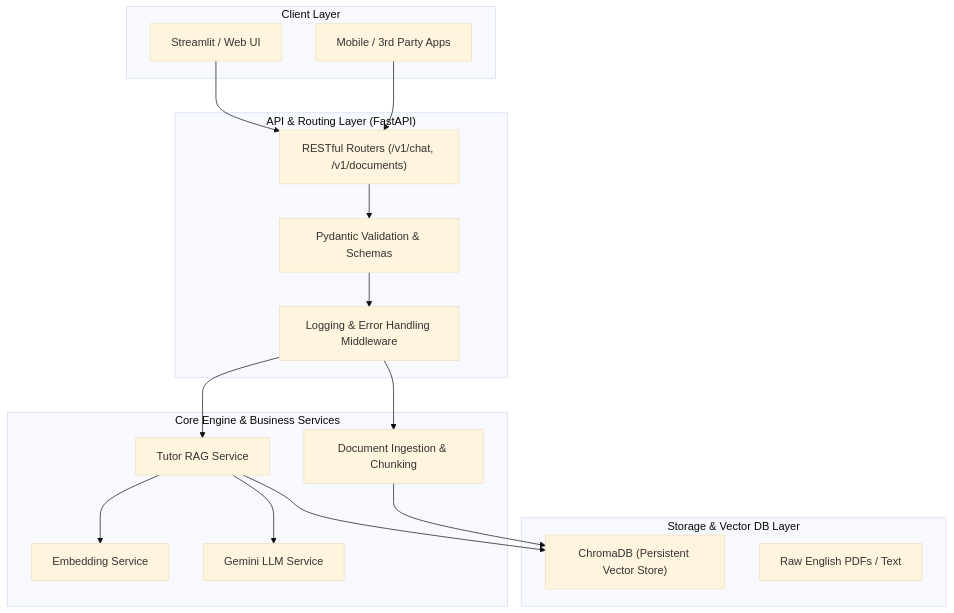
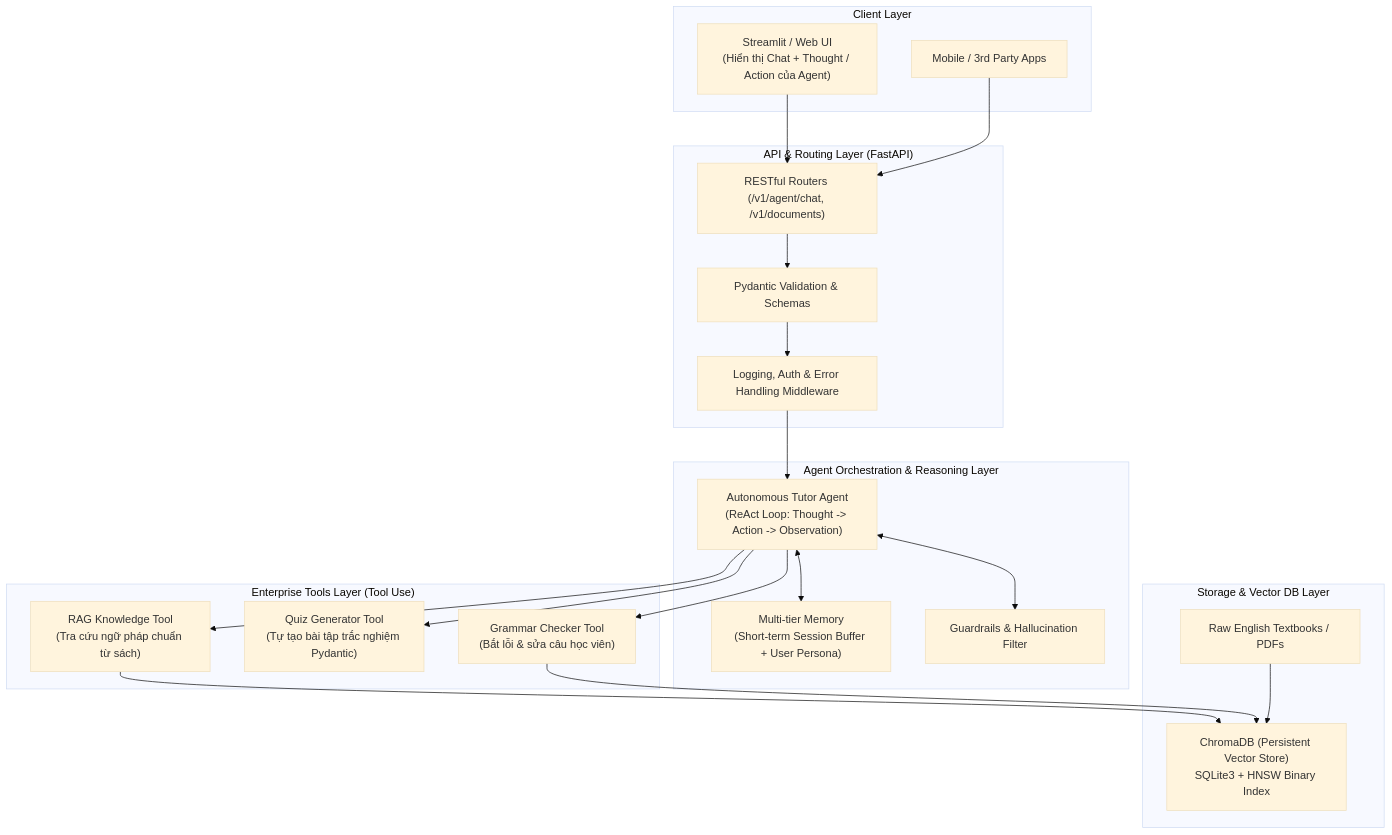
The diagram in ROADMAP.md (NguyenDucVuBao0611/english-tutor-rag), drawn with Mermaid (base theme) before and after one commit. The commit also changed other lines of this file and 7 other files, not shown here.

````diff
--- a/ROADMAP.md
+++ b/ROADMAP.md
@@ -9,33 +9,40 @@
 ```mermaid
 flowchart TD
     subgraph Client ["Client Layer"]
-        UI["Streamlit / Web UI"]
+        UI["Streamlit / Web UI\n(Hiển thị Chat + Thought / Action của Agent)"]
         Mobile["Mobile / 3rd Party Apps"]
     end
 
     subgraph API ["API & Routing Layer (FastAPI)"]
-        Router["RESTful Routers (/v1/chat, /v1/documents)"]
+        Router["RESTful Routers (/v1/agent/chat, /v1/documents)"]
         Schema["Pydantic Validation & Schemas"]
-        Middleware["Logging & Error Handling Middleware"]
+        Middleware["Logging, Auth & Error Handling Middleware"]
     end
 
-    subgraph Core ["Core Engine & Business Services"]
-        TutorService["Tutor RAG Service"]
-        DocService["Document Ingestion & Chunking"]
-        EmbedService["Embedding Service"]
-        LLMService["Gemini LLM Service"]
+    subgraph AgentLayer ["Agent Orchestration & Reasoning Layer"]
+        TutorAgent["Autonomous Tutor Agent\n(ReAct Loop: Thought -> Action -> Observation)"]
+        Memory["Multi-tier Memory\n(Short-term Session Buffer + User Persona)"]
+        Guardrails["Guardrails & Hallucination Filter"]
     end
 
-    subgraph Data ["Storage & Vector DB Layer"]
-        Chroma["ChromaDB (Persistent Vector Store)"]
-        RawDocs["Raw English PDFs / Text"]
+    subgraph ToolsLayer ["Enterprise Tools Layer (Tool Use)"]
+        RAGTool["RAG Knowledge Tool\n(Tra cứu ngữ pháp chuẩn từ sách)"]
+        QuizTool["Quiz Generator Tool\n(Tự tạo bài tập trắc nghiệm Pydantic)"]
+        GrammarTool["Grammar Checker Tool\n(Bắt lỗi & sửa câu học viên)"]
+    end
+
+    subgraph Storage ["Storage & Vector DB Layer"]
+        Chroma["ChromaDB (Persistent Vector Store)\nSQLite3 + HNSW Binary Index"]
+        RawDocs["Raw English Textbooks / PDFs"]
     end
 
     UI --> Router
     Mobile --> Router
     Router --> Schema --> Middleware
-    Middleware --> TutorService
-    Middleware --> DocService
-    TutorService --> EmbedService & Chroma & LLMService
-    DocService --> Chroma
+    Middleware --> TutorAgent
+    TutorAgent <--> Memory & Guardrails
+    TutorAgent --> RAGTool & QuizTool & GrammarTool
+    RAGTool --> Chroma
+    GrammarTool --> Chroma
+    RawDocs --> Chroma
 ```
````
